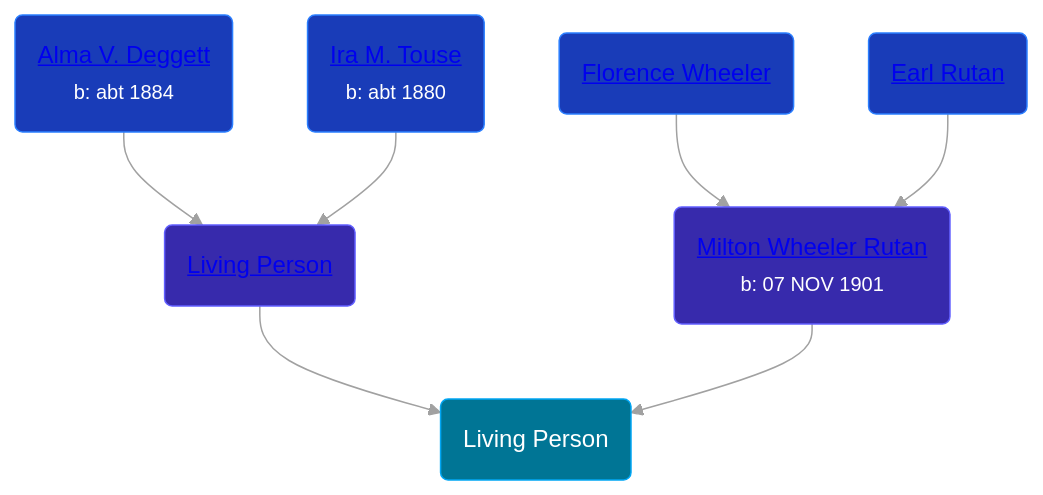
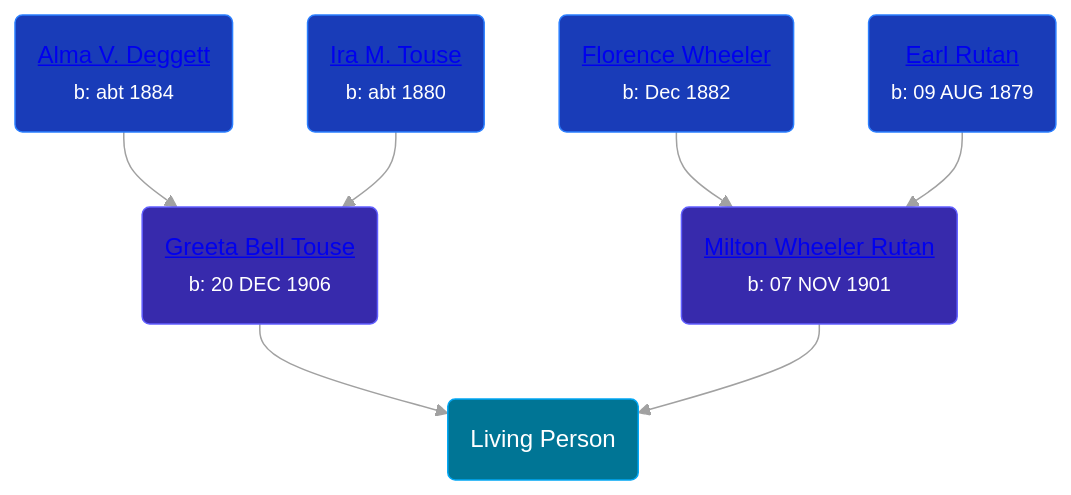
One commit to wpmgotkh/wpmgotkh.github.io changed the diagram in pages/people/5/51896715.md. Above: the diagram before and after it, drawn with Mermaid. The commit also changed other lines of this file and 56 other files, not shown here.

````diff
--- a/pages/people/5/51896715.md
+++ b/pages/people/5/51896715.md
@@ -10,14 +10,14 @@
 ```mermaid
 graph
 classDef grands fill:#193cb8,stroke:#2b7fff,stroke-width:1px,color:#fff;
 classDef parents fill:#372aac,stroke:#615fff,stroke-width:1px,color:#fff;
 classDef primary fill:#007595,stroke:#00a6f4,stroke-width:1px,color:#fff;
 51896715(Living Person):::primary
-61135838(<a class="text-white" href="/people/6/61135838">Living Person</a>):::parents-->51896715
+61135838(<a class="text-white" href="/people/6/61135838">Greeta Bell Touse</a><br /><small>b: 20 DEC 1906</small>):::parents-->51896715
 42271632(<a class="text-white" href="/people/4/42271632">Alma V. Deggett</a><br /><small>b: abt 1884</small>):::grands-->61135838
 43588740(<a class="text-white" href="/people/4/43588740">Ira M. Touse</a><br /><small>b: abt 1880</small>):::grands-->61135838
 20825556(<a class="text-white" href="/people/2/20825556">Milton Wheeler Rutan</a><br /><small>b: 07 NOV 1901</small>):::parents-->51896715
-48964520(<a class="text-white" href="/people/4/48964520">Florence Wheeler</a>):::grands-->20825556
-29949376(<a class="text-white" href="/people/2/29949376">Earl Rutan</a>):::grands-->20825556
+48964520(<a class="text-white" href="/people/4/48964520">Florence Wheeler</a><br /><small>b: Dec 1882</small>):::grands-->20825556
+29949376(<a class="text-white" href="/people/2/29949376">Earl Rutan</a><br /><small>b: 09 AUG 1879</small>):::grands-->20825556
 linkStyle default stroke:#a1a1a1
 ```
````
